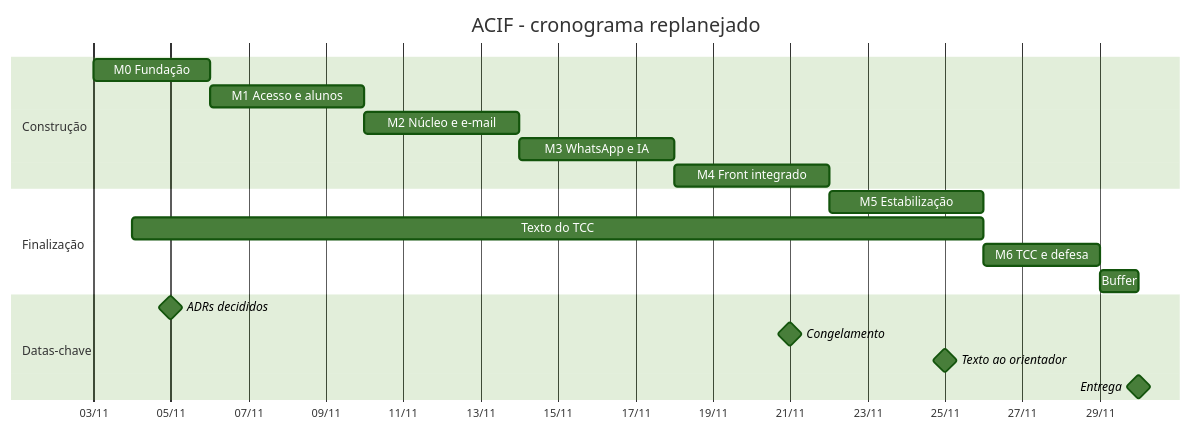
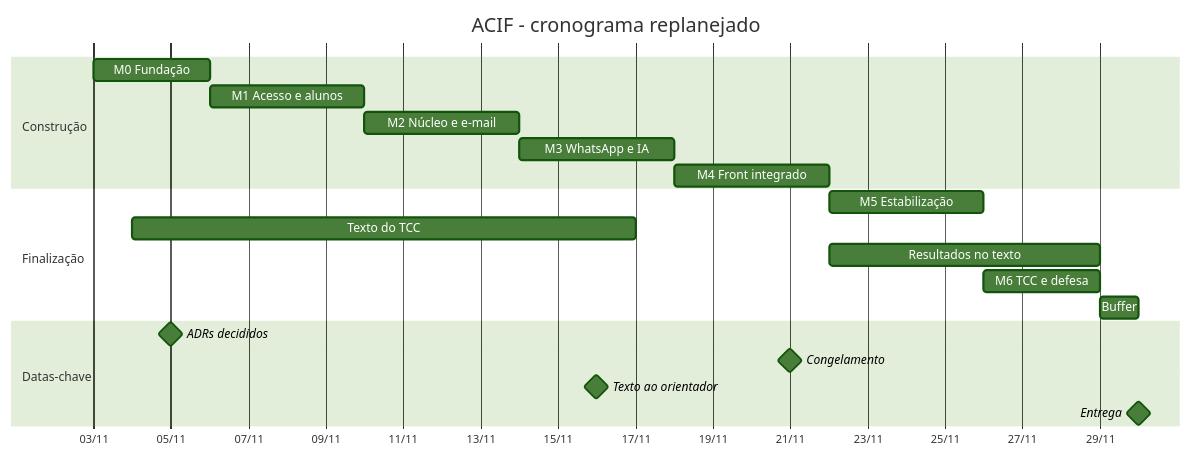
The diagram in docs/roadmap.md (mlsag/ACIF), drawn with Mermaid (forest theme) before and after one commit. The commit also changed other lines of this file and 4 other files, not shown here.

First line of the commit message:
docs: antecipa a entrega do texto do TCC para 16/11/2026

````diff
--- a/docs/roadmap.md
+++ b/docs/roadmap.md
@@ -25,25 +25,26 @@
 ```mermaid
 gantt
     title ACIF - cronograma replanejado
     dateFormat YYYY-MM-DD
     axisFormat %d/%m
 
     section Construção
     M0 Fundação            :m0, 2026-11-03, 2026-11-06
     M1 Acesso e alunos     :m1, 2026-11-06, 2026-11-10
     M2 Núcleo e e-mail     :m2, 2026-11-10, 2026-11-14
     M3 WhatsApp e IA       :m3, 2026-11-14, 2026-11-18
     M4 Front integrado     :m4, 2026-11-18, 2026-11-22
 
     section Finalização
     M5 Estabilização       :m5, 2026-11-22, 2026-11-26
-    Texto do TCC           :tcc, 2026-11-04, 2026-11-26
+    Texto do TCC           :tcc, 2026-11-04, 2026-11-17
+    Resultados no texto    :res, 2026-11-22, 2026-11-29
     M6 TCC e defesa        :m6, 2026-11-26, 2026-11-29
     Buffer                 :buf, 2026-11-29, 2026-11-30
 
     section Datas-chave
     ADRs decididos         :milestone, 2026-11-05, 0d
     Congelamento           :milestone, 2026-11-21, 0d
-    Texto ao orientador    :milestone, 2026-11-25, 0d
+    Texto ao orientador    :milestone, 2026-11-16, 0d
     Entrega                :milestone, 2026-11-30, 0d
 ```
````
